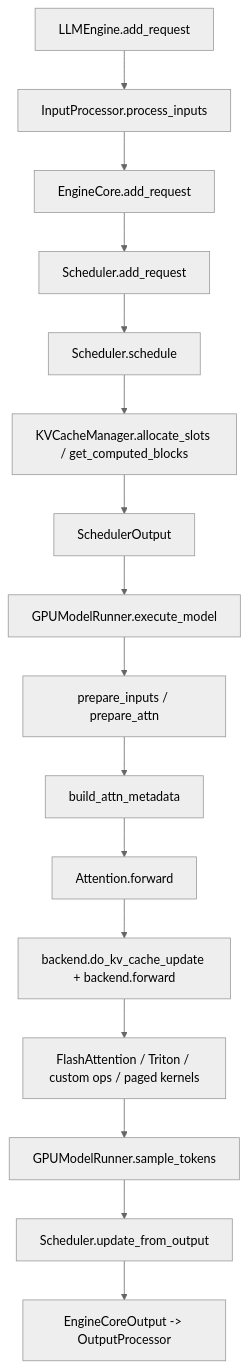
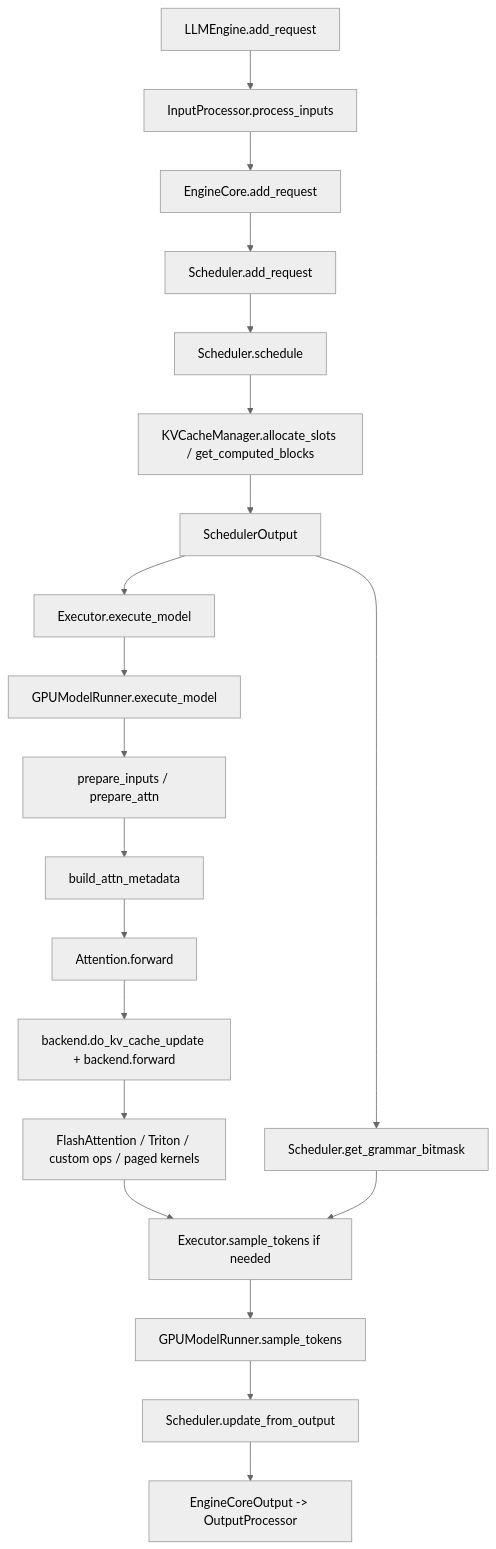
The diagram in docs/vLLM.md (Ryannnice/MinivLLM), drawn with Mermaid (neutral theme) before and after one commit. The commit also changed other lines of this file and 4 other files, not shown here.

````diff
--- a/docs/vLLM.md
+++ b/docs/vLLM.md
@@ -39,18 +40,22 @@
 ```mermaid
 flowchart TD
     A[LLMEngine.add_request] --> B[InputProcessor.process_inputs]
     B --> C[EngineCore.add_request]
     C --> D[Scheduler.add_request]
     D --> E[Scheduler.schedule]
     E --> F[KVCacheManager.allocate_slots / get_computed_blocks]
     F --> G[SchedulerOutput]
-    G --> H[GPUModelRunner.execute_model]
-    H --> I[prepare_inputs / prepare_attn]
-    I --> J[build_attn_metadata]
-    J --> K[Attention.forward]
-    K --> L[backend.do_kv_cache_update + backend.forward]
-    L --> M[FlashAttention / Triton / custom ops / paged kernels]
-    M --> N[GPUModelRunner.sample_tokens]
-    N --> O[Scheduler.update_from_output]
-    O --> P[EngineCoreOutput -> OutputProcessor]
+    G --> H[Executor.execute_model]
+    H --> I[GPUModelRunner.execute_model]
+    I --> J[prepare_inputs / prepare_attn]
+    J --> K[build_attn_metadata]
+    K --> L[Attention.forward]
+    L --> M[backend.do_kv_cache_update + backend.forward]
+    M --> N[FlashAttention / Triton / custom ops / paged kernels]
+    G --> O[Scheduler.get_grammar_bitmask]
+    N --> P[Executor.sample_tokens if needed]
+    O --> P
+    P --> Q[GPUModelRunner.sample_tokens]
+    Q --> R[Scheduler.update_from_output]
+    R --> S[EngineCoreOutput -> OutputProcessor]
 ```
````
